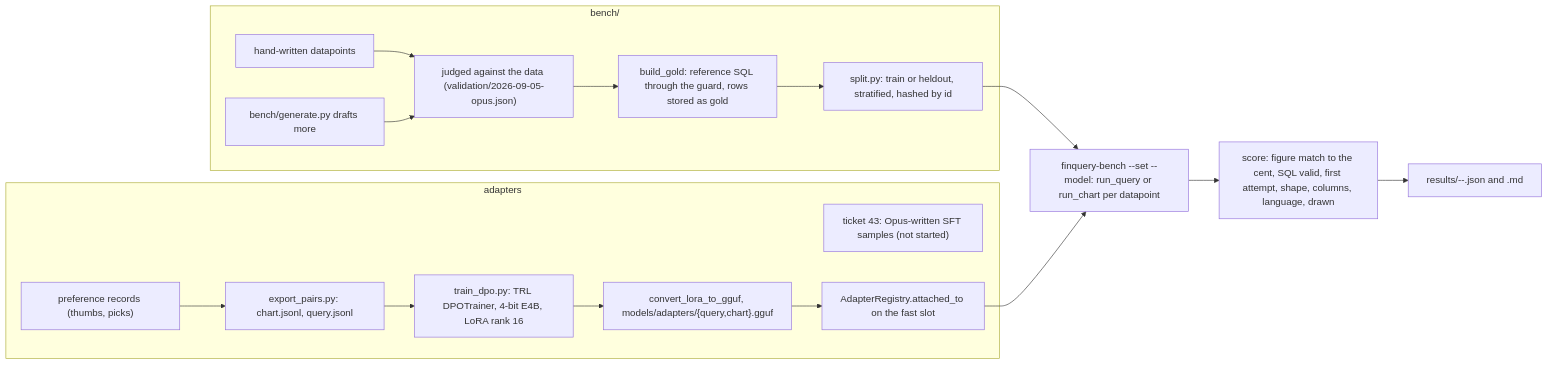
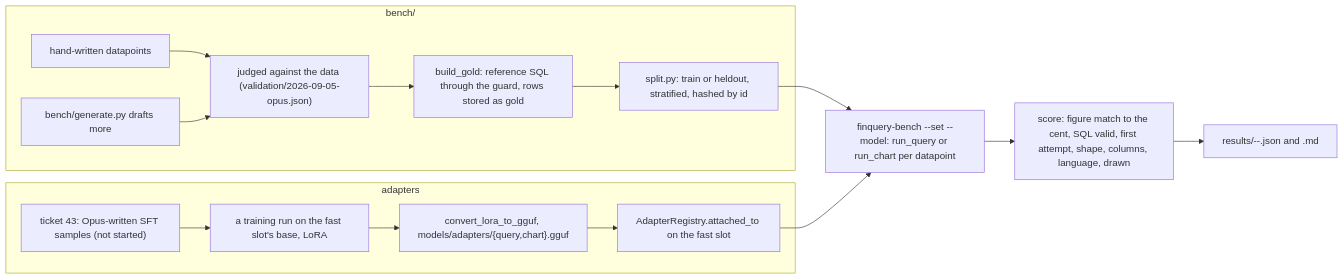
Before and after one commit to ChiChuRita/finquery: the diagram in docs/explainers/04-fine-tuned-models-training-and-benchmarks.md, drawn with Mermaid. The commit also changed other lines of this file and 20 other files, not shown here.

````diff
--- a/docs/explainers/04-fine-tuned-models-training-and-benchmarks.md
+++ b/docs/explainers/04-fine-tuned-models-training-and-benchmarks.md
@@ -14,20 +14,18 @@
 ```mermaid
 flowchart LR
   subgraph Sets["bench/"]
     H["hand-written datapoints"] --> J["judged against the data (validation/2026-09-05-opus.json)"]
     Gn["bench/generate.py drafts more"] --> J
     J --> B["build_gold: reference SQL through the guard, rows stored as gold"]
     B --> SP["split.py: train or heldout, stratified, hashed by id"]
   end
   SP --> R["finquery-bench --set --model: run_query or run_chart per datapoint"]
   R --> SC["score: figure match to the cent, SQL valid, first attempt, shape, columns, language, drawn"]
   SC --> RES["results/<timestamp>-<model>-<set>.json and .md"]
   subgraph Loop["adapters"]
-    PR["preference records (thumbs, picks)"] --> EX["export_pairs.py: chart.jsonl, query.jsonl"]
-    T43["ticket 43: Opus-written SFT samples (not started)"]
-    EX --> TR["train_dpo.py: TRL DPOTrainer, 4-bit E4B, LoRA rank 16"]
+    T43["ticket 43: Opus-written SFT samples (not started)"] --> TR["a training run on the fast slot's base, LoRA"]
     TR --> GG["convert_lora_to_gguf, models/adapters/{query,chart}.gguf"]
     GG --> AT["AdapterRegistry.attached_to on the fast slot"]
   end
   AT --> R
 ```
````
